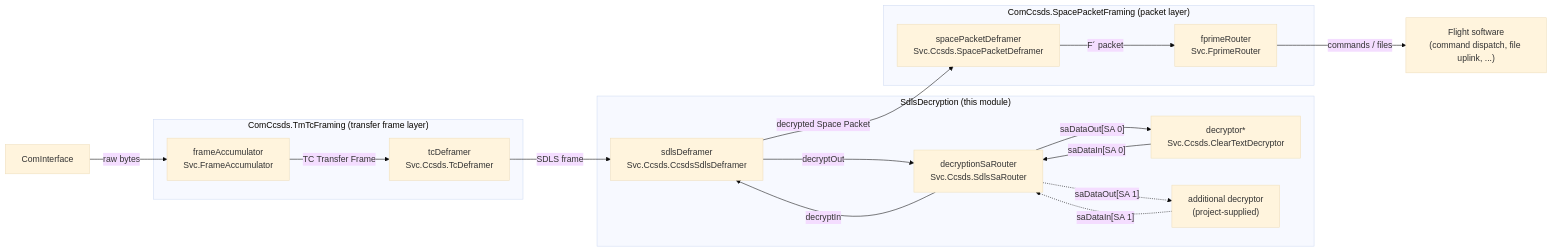
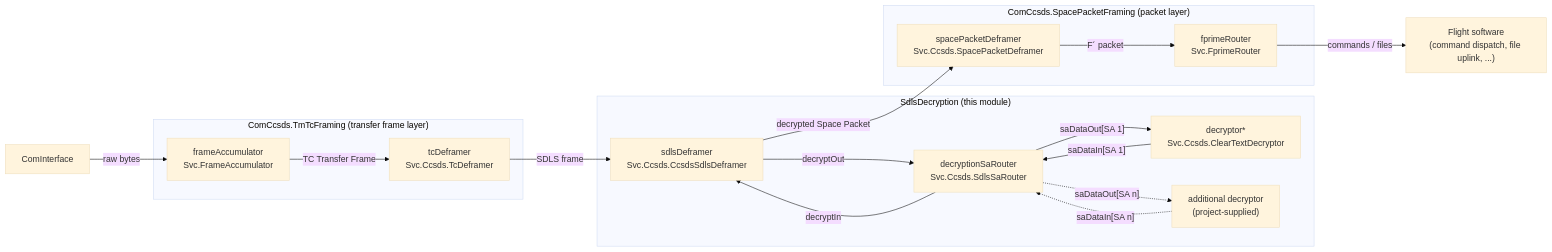
Before and after one commit to nasa/fprime: the first of 2 diagrams in Svc/Subtopologies/ComCcsdsSdls/sdd/sdd.md, drawn with Mermaid (base theme). The commit also changed other lines of this file and 863 other files, not shown here.

````diff
--- a/Svc/Subtopologies/ComCcsdsSdls/sdd/sdd.md
+++ b/Svc/Subtopologies/ComCcsdsSdls/sdd/sdd.md
@@ -67,35 +68,35 @@
 ```mermaid
 flowchart LR
     subgraph TMTC["ComCcsds.TmTcFraming (transfer frame layer)"]
         frameAccumulator["frameAccumulator<br>Svc.FrameAccumulator"]
         tcDeframer["tcDeframer<br>Svc.Ccsds.TcDeframer"]
     end
 
     subgraph DEC["SdlsDecryption (this module)"]
         sdlsDeframer["sdlsDeframer<br>Svc.Ccsds.CcsdsSdlsDeframer"]
         decryptionSaRouter["decryptionSaRouter<br>Svc.Ccsds.SdlsSaRouter"]
         decryptor["decryptor*<br>Svc.Ccsds.ClearTextDecryptor"]
         decryptor2["additional decryptor<br>(project-supplied)"]
     end
 
     subgraph SPF["ComCcsds.SpacePacketFraming (packet layer)"]
         spacePacketDeframer["spacePacketDeframer<br>Svc.Ccsds.SpacePacketDeframer"]
         fprimeRouter["fprimeRouter<br>Svc.FprimeRouter"]
     end
 
     com["ComInterface"]
     fsw["Flight software<br>(command dispatch, file uplink, ...)"]
 
     com -->|raw bytes| frameAccumulator
     frameAccumulator -->|TC Transfer Frame| tcDeframer
     tcDeframer -->|SDLS frame| sdlsDeframer
     sdlsDeframer -->|decryptOut| decryptionSaRouter
-    decryptionSaRouter -->|"saDataOut[SA 0]"| decryptor
-    decryptor -->|"saDataIn[SA 0]"| decryptionSaRouter
-    decryptionSaRouter -.->|"saDataOut[SA 1]"| decryptor2
-    decryptor2 -.->|"saDataIn[SA 1]"| decryptionSaRouter
+    decryptionSaRouter -->|"saDataOut[SA 1]"| decryptor
+    decryptor -->|"saDataIn[SA 1]"| decryptionSaRouter
+    decryptionSaRouter -.->|"saDataOut[SA n]"| decryptor2
+    decryptor2 -.->|"saDataIn[SA n]"| decryptionSaRouter
     decryptionSaRouter -->|decryptIn| sdlsDeframer
     sdlsDeframer -->|decrypted Space Packet| spacePacketDeframer
     spacePacketDeframer -->|F´ packet| fprimeRouter
     fprimeRouter -->|commands / files| fsw
 ```
````
